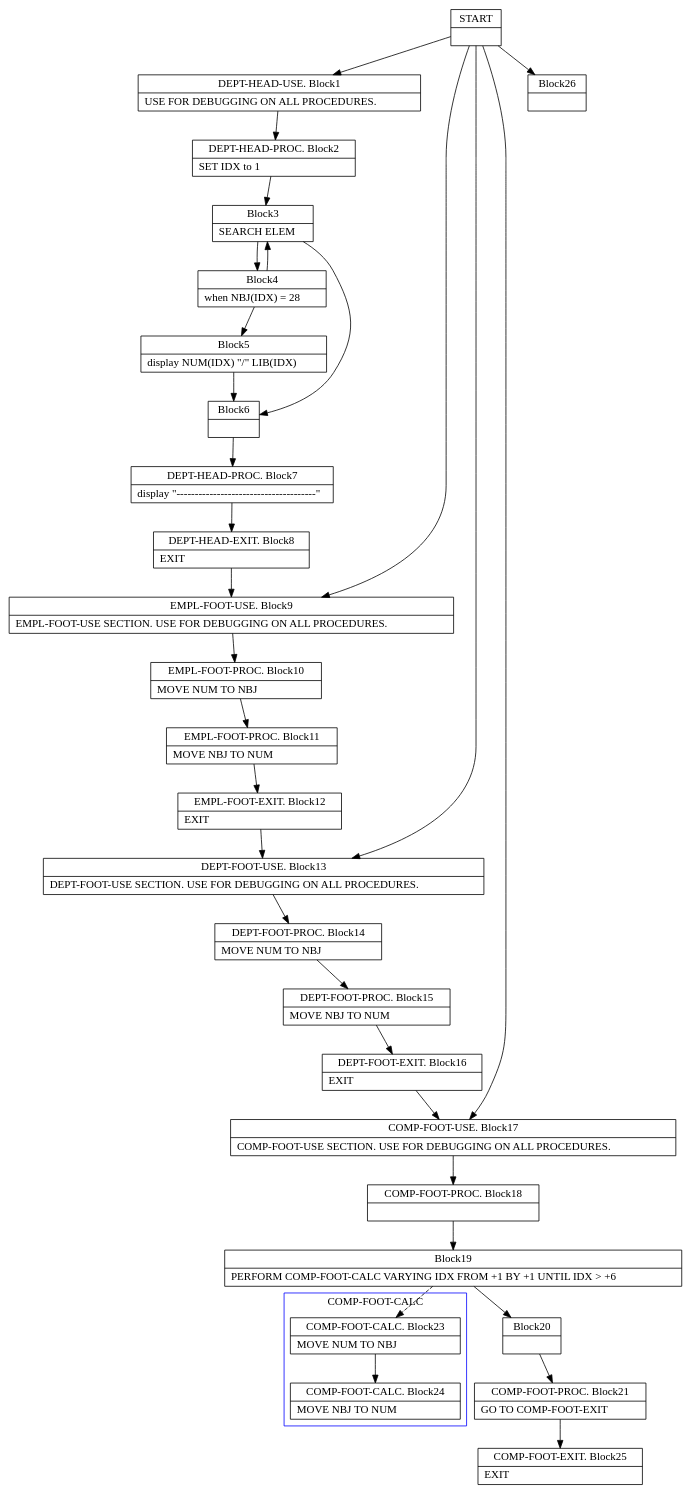
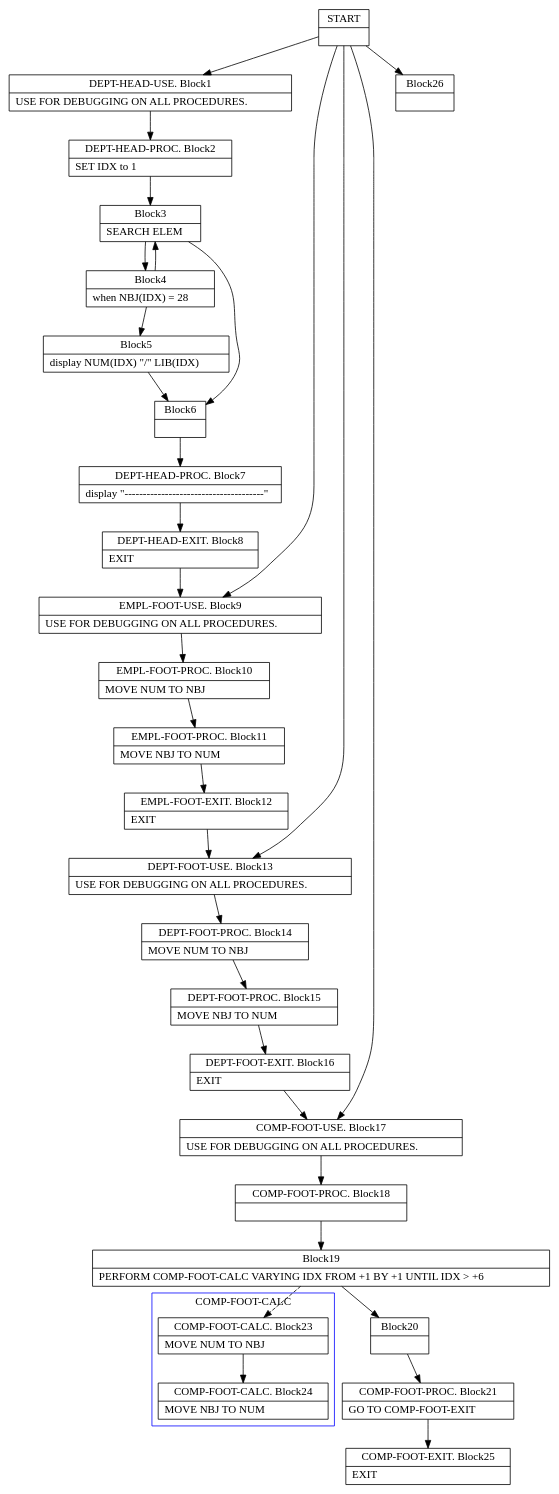
One commit to TypeCobolTeam/TypeCobol changed the diagram in TypeCobol.Analysis.Test/DotOutput/Declaratives1.dot. Above: the diagram before and after it, drawn with Graphviz. The commit also changed 7 other files, not shown here.

```diff
--- a/TypeCobol.Analysis.Test/DotOutput/Declaratives1.dot
+++ b/TypeCobol.Analysis.Test/DotOutput/Declaratives1.dot
@@ -1,125 +1,125 @@
 digraph Cfg {
 compound=true;
 node [
 shape = "record"
 ]
 
 edge [
 arrowtail = "empty"
 ]
 Block0 [
 label = "{START|}"
 ]
 Block1 [
 label = "{DEPT-HEAD-USE. Block1|    USE FOR DEBUGGING ON ALL PROCEDURES.\l}"
 ]
 Block2 [
 label = "{DEPT-HEAD-PROC. Block2|    SET IDX to 1\l}"
 ]
 Block3 [
 label = "{Block3|    SEARCH ELEM\l}"
 ]
 Block4 [
 label = "{Block4|           when NBJ(IDX) = 28\l}"
 ]
 Block5 [
 label = "{Block5|           display NUM(IDX) \"/\" LIB(IDX)\l}"
 ]
 Block6 [
 label = "{Block6|}"
 ]
 Block7 [
 label = "{DEPT-HEAD-PROC. Block7|    display \"--------------------------------------\"\l}"
 ]
 Block8 [
 label = "{DEPT-HEAD-EXIT. Block8|EXIT\l}"
 ]
 Block9 [
-label = "{EMPL-FOOT-USE. Block9|EMPL-FOOT-USE SECTION. USE FOR DEBUGGING ON ALL PROCEDURES.\l}"
+label = "{EMPL-FOOT-USE. Block9|                       USE FOR DEBUGGING ON ALL PROCEDURES.\l}"
 ]
 Block10 [
 label = "{EMPL-FOOT-PROC. Block10|MOVE NUM TO NBJ\l}"
 ]
 Block11 [
 label = "{EMPL-FOOT-PROC. Block11|MOVE NBJ TO NUM\l}"
 ]
 Block12 [
 label = "{EMPL-FOOT-EXIT. Block12|EXIT\l}"
 ]
 Block13 [
-label = "{DEPT-FOOT-USE. Block13|DEPT-FOOT-USE SECTION. USE FOR DEBUGGING ON ALL PROCEDURES.\l}"
+label = "{DEPT-FOOT-USE. Block13|                       USE FOR DEBUGGING ON ALL PROCEDURES.\l}"
 ]
 Block14 [
 label = "{DEPT-FOOT-PROC. Block14|MOVE NUM TO NBJ\l}"
 ]
 Block15 [
 label = "{DEPT-FOOT-PROC. Block15|MOVE NBJ TO NUM\l}"
 ]
 Block16 [
 label = "{DEPT-FOOT-EXIT. Block16|EXIT\l}"
 ]
 Block17 [
-label = "{COMP-FOOT-USE. Block17|COMP-FOOT-USE SECTION. USE FOR DEBUGGING ON ALL PROCEDURES.\l}"
+label = "{COMP-FOOT-USE. Block17|                       USE FOR DEBUGGING ON ALL PROCEDURES.\l}"
 ]
 Block18 [
 label = "{COMP-FOOT-PROC. Block18|}"
 ]
 Block19 [
 label = "{Block19|PERFORM COMP-FOOT-CALC  VARYING IDX FROM +1 BY +1  UNTIL IDX \> +6\l}"
 ]
 subgraph cluster_1{
 color = blue;
 label = "COMP-FOOT-CALC";
 Block23 [
 label = "{COMP-FOOT-CALC. Block23|MOVE NUM TO NBJ\l}"
 ]
 Block24 [
 label = "{COMP-FOOT-CALC. Block24|MOVE NBJ TO NUM\l}"
 ]
 Block23 -> Block24
 
 }
 Block19 -> Block23 [style=dashed]
 
 Block20 [
 label = "{Block20|}"
 ]
 Block21 [
 label = "{COMP-FOOT-PROC. Block21|GO TO COMP-FOOT-EXIT\l}"
 ]
 Block25 [
 label = "{COMP-FOOT-EXIT. Block25|EXIT\l}"
 ]
 Block26 [
 label = "{Block26|}"
 ]
 Block0 -> Block1
 Block0 -> Block26
 Block0 -> Block9
 Block0 -> Block13
 Block0 -> Block17
 Block1 -> Block2
 Block2 -> Block3
 Block3 -> Block4
 Block3 -> Block6
 Block4 -> Block5
 Block4 -> Block3
 Block5 -> Block6
 Block6 -> Block7
 Block7 -> Block8
 Block8 -> Block9
 Block9 -> Block10
 Block10 -> Block11
 Block11 -> Block12
 Block12 -> Block13
 Block13 -> Block14
 Block14 -> Block15
 Block15 -> Block16
 Block16 -> Block17
 Block17 -> Block18
 Block18 -> Block19
 Block19 -> Block20
 Block20 -> Block21
 Block21 -> Block25
 
 }
```
